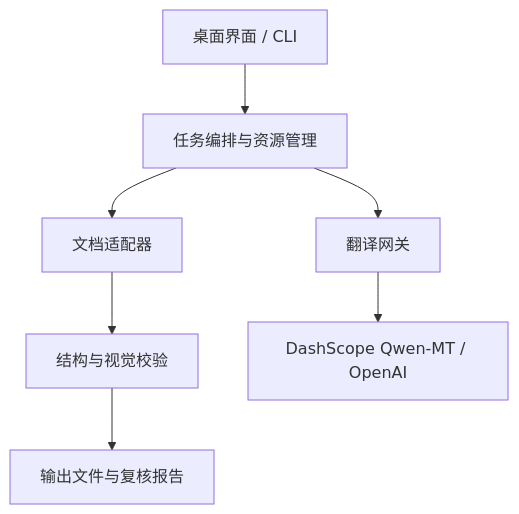
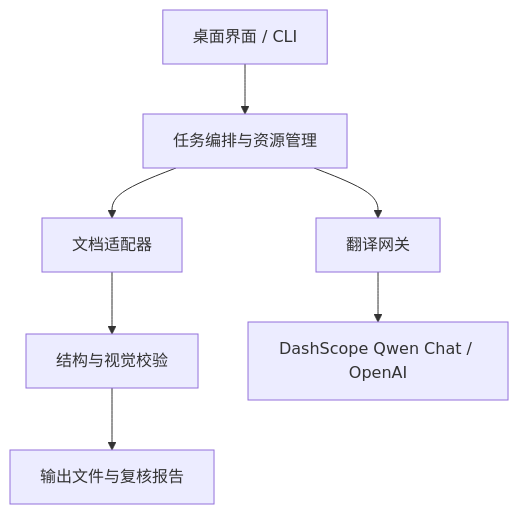
One commit to zhoufanlong2016-ops/- changed the diagram in 本地文档保真翻译程序技术方案.md. Above: the diagram before and after it, drawn with Mermaid. The commit also changed other lines of this file and 33 other files, not shown here.

````diff
--- a/本地文档保真翻译程序技术方案.md
+++ b/本地文档保真翻译程序技术方案.md
@@ -83,9 +85,9 @@
 ```mermaid
 flowchart TD
     UI["桌面界面 / CLI"] --> ORC["任务编排与资源管理"]
     ORC --> DOC["文档适配器"]
     ORC --> GW["翻译网关"]
     DOC --> VAL["结构与视觉校验"]
-    GW --> CLOUD["DashScope Qwen-MT / OpenAI"]
+    GW --> CLOUD["DashScope Qwen Chat / OpenAI"]
     VAL --> REPORT["输出文件与复核报告"]
 ```
````
